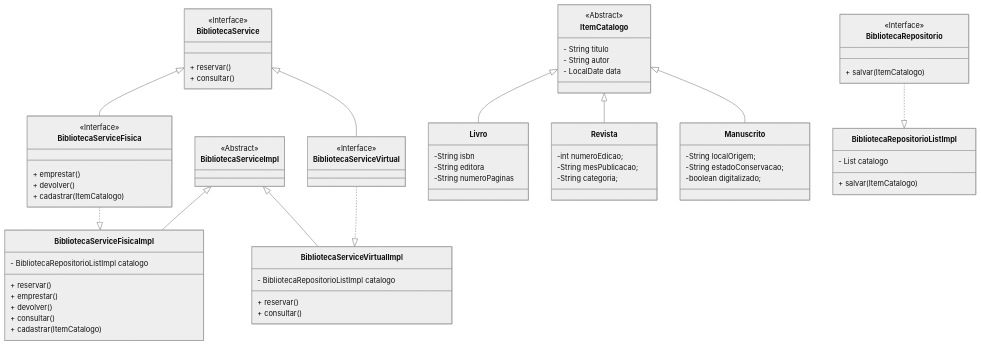
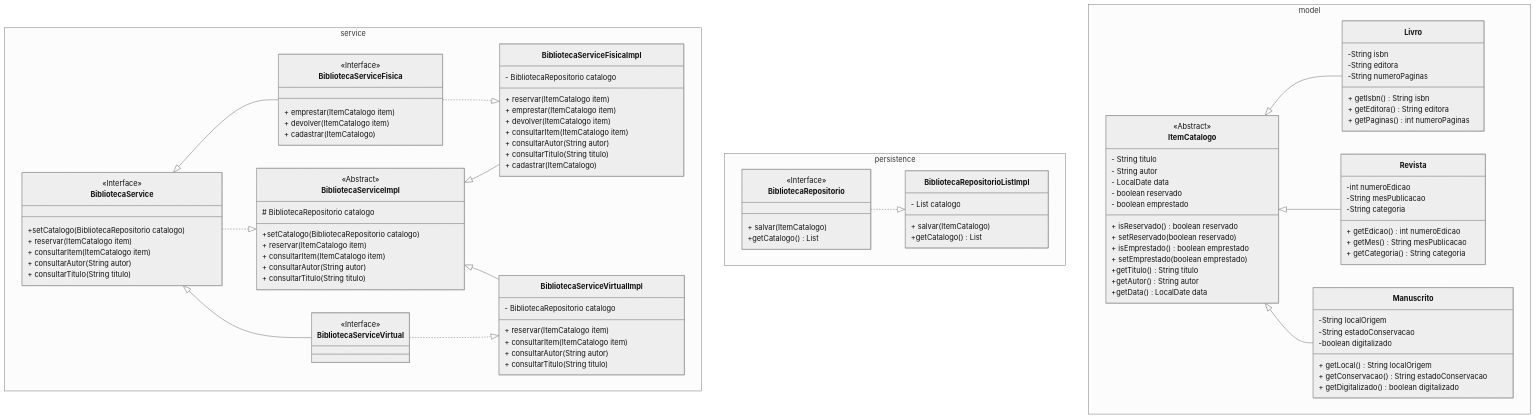
One commit to leialemon/POO2-ADA changed the diagram in README.md. Above: the diagram before and after it, drawn with Mermaid (neutral theme). The commit also changed other lines of this file, not shown here.

Commit message:
Update README.md
Refatoração: Atualização dos diagramas de planejamento.

````diff
--- a/README.md
+++ b/README.md
@@ -7,75 +6,121 @@
 ```mermaid
 classDiagram
-class BibliotecaService
+
+namespace service{
+    class BibliotecaService
+    class BibliotecaServiceImpl
+    class BibliotecaServiceFisica
+    class BibliotecaServiceVirtual
+    class BibliotecaServiceFisicaImpl
+    class BibliotecaServiceVirtualImpl
+}
+
+namespace persistence{
+    class BibliotecaRepositorio
+    class  BibliotecaRepositorioListImpl
+}
+
+namespace model{
+    class ItemCatalogo
+    class Livro
+    class Revista
+    class Manuscrito
+}
+
 <<Interface>>BibliotecaService
-BibliotecaService: + reservar()
-BibliotecaService: + consultar()
+BibliotecaService: +setCatalogo(BibliotecaRepositorio catalogo)
+BibliotecaService: + reservar(ItemCatalogo item)
+BibliotecaService: + consultarItem(ItemCatalogo item)
+BibliotecaService: + consultarAutor(String autor)
+BibliotecaService: + consultarTitulo(String titulo)
 BibliotecaService <|-- BibliotecaServiceFisica
 BibliotecaService <|-- BibliotecaServiceVirtual
 
-class BibliotecaServiceFisica
 <<Interface>>BibliotecaServiceFisica
-BibliotecaServiceFisica: + emprestar()
-BibliotecaServiceFisica: + devolver()
+BibliotecaServiceFisica: + emprestar(ItemCatalogo item)
+BibliotecaServiceFisica: + devolver(ItemCatalogo item)
 BibliotecaServiceFisica: + cadastrar(ItemCatalogo)
 
-class BibliotecaServiceFisicaImpl
 BibliotecaServiceFisica ..|> BibliotecaServiceFisicaImpl
-BibliotecaServiceFisicaImpl: + reservar()
-BibliotecaServiceFisicaImpl: + emprestar()
-BibliotecaServiceFisicaImpl: + devolver()
-BibliotecaServiceFisicaImpl: + consultar()
+BibliotecaServiceFisicaImpl: + reservar(ItemCatalogo item)
+BibliotecaServiceFisicaImpl: + emprestar(ItemCatalogo item)
+BibliotecaServiceFisicaImpl: + devolver(ItemCatalogo item)
+BibliotecaServiceFisicaImpl: + consultarItem(ItemCatalogo item)
+BibliotecaServiceFisicaImpl: + consultarAutor(String autor)
+BibliotecaServiceFisicaImpl: + consultarTitulo(String titulo)
 BibliotecaServiceFisicaImpl: + cadastrar(ItemCatalogo)
-BibliotecaServiceFisicaImpl: - BibliotecaRepositorioListImpl catalogo
+BibliotecaServiceFisicaImpl: - BibliotecaRepositorio catalogo
 
-class BibliotecaServiceImpl
 <<Abstract>>BibliotecaServiceImpl
+BibliotecaService ..|> BibliotecaServiceImpl
 BibliotecaServiceImpl <|-- BibliotecaServiceFisicaImpl
 BibliotecaServiceImpl <|-- BibliotecaServiceVirtualImpl
+BibliotecaServiceImpl: # BibliotecaRepositorio catalogo
+BibliotecaServiceImpl: +setCatalogo(BibliotecaRepositorio catalogo)
+BibliotecaServiceImpl: + reservar(ItemCatalogo item)
+BibliotecaServiceImpl: + consultarItem(ItemCatalogo item)
+BibliotecaServiceImpl: + consultarAutor(String autor)
+BibliotecaServiceImpl: + consultarTitulo(String titulo)
 
-class BibliotecaServiceVirtual
 <<Interface>>BibliotecaServiceVirtual
 
+BibliotecaServiceVirtual ..|> BibliotecaServiceVirtualImpl
+BibliotecaServiceVirtualImpl: - BibliotecaRepositorio catalogo
+BibliotecaServiceVirtualImpl: + reservar(ItemCatalogo item)
+BibliotecaServiceVirtualImpl: + consultarItem(ItemCatalogo item)
+BibliotecaServiceVirtualImpl: + consultarAutor(String autor)
+BibliotecaServiceVirtualImpl: + consultarTitulo(String titulo)
 
-class BibliotecaServiceVirtualImpl
-BibliotecaServiceVirtual ..|> BibliotecaServiceVirtualImpl
-BibliotecaServiceVirtualImpl: - BibliotecaRepositorioListImpl catalogo
-BibliotecaServiceVirtualImpl: + reservar()
-BibliotecaServiceVirtualImpl: + consultar()
-
-class ItemCatalogo
 <<Abstract>>ItemCatalogo
 ItemCatalogo: - String titulo
 ItemCatalogo: - String autor
 ItemCatalogo: - LocalDate data
+ItemCatalogo: - boolean reservado
+ItemCatalogo: - boolean emprestado
+ItemCatalogo: + isReservado() boolean reservado
+ItemCatalogo: + setReservado(boolean reservado)
+ItemCatalogo: + isEmprestado() boolean emprestado
+ItemCatalogo: + setEmprestado(boolean emprestado)
+ItemCatalogo: +getTitulo() String titulo
+ItemCatalogo: +getAutor() String autor
+ItemCatalogo: +getData() LocalDate data
 ItemCatalogo <|-- Livro
 ItemCatalogo <|-- Revista
 ItemCatalogo <|-- Manuscrito
 
-class BibliotecaRepositorio
 <<Interface>> BibliotecaRepositorio
 BibliotecaRepositorio: + salvar(ItemCatalogo)
+BibliotecaRepositorio: +getCatalogo() List<ItemCatalogo>
 
-class BibliotecaRepositorioListImpl
 BibliotecaRepositorio ..|> BibliotecaRepositorioListImpl
 BibliotecaRepositorioListImpl: - List<ItemCatalogo> catalogo
 BibliotecaRepositorioListImpl: + salvar(ItemCatalogo)
+BibliotecaRepositorioListImpl: +getCatalogo() List<ItemCatalogo>
 
 class Livro{
     -String isbn
     -String editora
     -String numeroPaginas
+    + getIsbn() String isbn
+    + getEditora() String editora
+    + getPaginas() int numeroPaginas
 }
 
 class Revista{
-    -int numeroEdicao;
-    -String mesPublicacao;
-    -String categoria;
+    -int numeroEdicao
+    -String mesPublicacao
+    -String categoria
+    + getEdicao() int numeroEdicao
+    + getMes() String mesPublicacao
+    + getCategoria() String categoria
 }
 
 class Manuscrito{
-    -String localOrigem;
-    -String estadoConservacao;
-    -boolean digitalizado;
+    -String localOrigem
+    -String estadoConservacao
+    -boolean digitalizado
+    + getLocal() String localOrigem
+    + getConservacao() String estadoConservacao
+    + getDigitalizado() boolean digitalizado
 }
 ```
````
